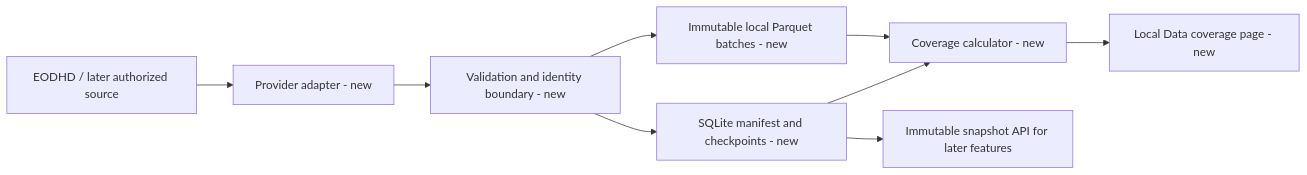
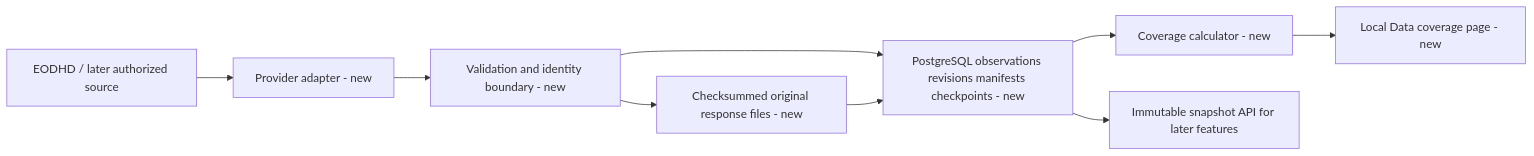
One commit to pawelfree/lesine changed the first of 2 diagrams in .ai/specs/2026-11-04-local-gpw-history-with-coverage.md. Above: the diagram before and after it, drawn with Mermaid. The commit also changed other lines of this file and 32 other files, not shown here.

````diff
--- a/.ai/specs/2026-11-04-local-gpw-history-with-coverage.md
+++ b/.ai/specs/2026-11-04-local-gpw-history-with-coverage.md
@@ -27,11 +31,11 @@
 ```mermaid
 flowchart LR
   E[EODHD / later authorized source] --> A[Provider adapter - new]
   A --> V[Validation and identity boundary - new]
-  V --> P[Immutable local Parquet batches - new]
-  V --> M[SQLite manifest and checkpoints - new]
-  P --> C[Coverage calculator - new]
-  M --> C
+  V --> P[Checksummed original response files - new]
+  V --> M[PostgreSQL observations revisions manifests checkpoints - new]
+  P --> M
+  M --> C[Coverage calculator - new]
   C --> U[Local Data coverage page - new]
   M --> S[Immutable snapshot API for later features]
 ```
````
